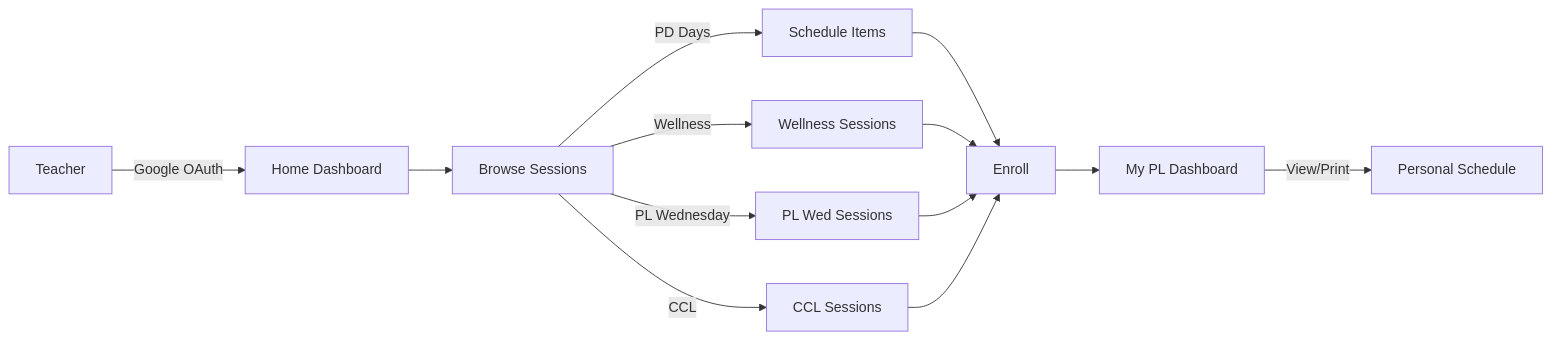
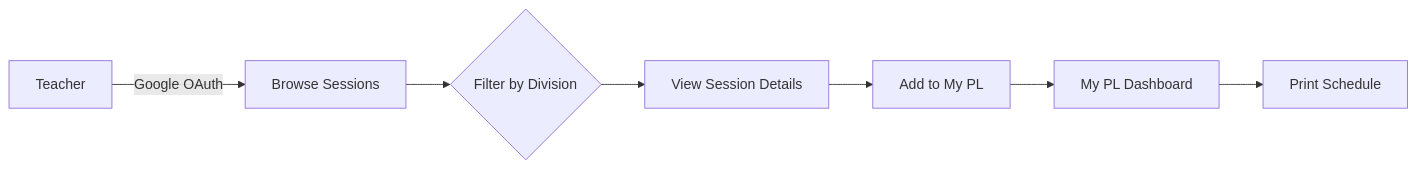
Before and after one commit to rottnerin/tlcapp: the first of 2 diagrams in README.md, drawn with Mermaid. The commit also changed other lines of this file, not shown here.

````diff
--- a/README.md
+++ b/README.md
@@ -83,15 +47,9 @@
 ```mermaid
 graph LR
-    A[Teacher] -->|Google OAuth| B[Home Dashboard]
-    B --> C[Browse Sessions]
-    C -->|PD Days| D[Schedule Items]
-    C -->|Wellness| E[Wellness Sessions]
-    C -->|PL Wednesday| F[PL Wed Sessions]
-    C -->|CCL| G[CCL Sessions]
-    D --> H[Enroll]
-    E --> H
-    F --> H
-    G --> H
-    H --> I[My PL Dashboard]
-    I -->|View/Print| J[Personal Schedule]
+    A[Teacher] -->|Google OAuth| B[Browse Sessions]
+    B --> C{Filter by Division}
+    C --> D[View Session Details]
+    D --> E[Add to My PL]
+    E --> F[My PL Dashboard]
+    F --> G[Print Schedule]
 ```
````
